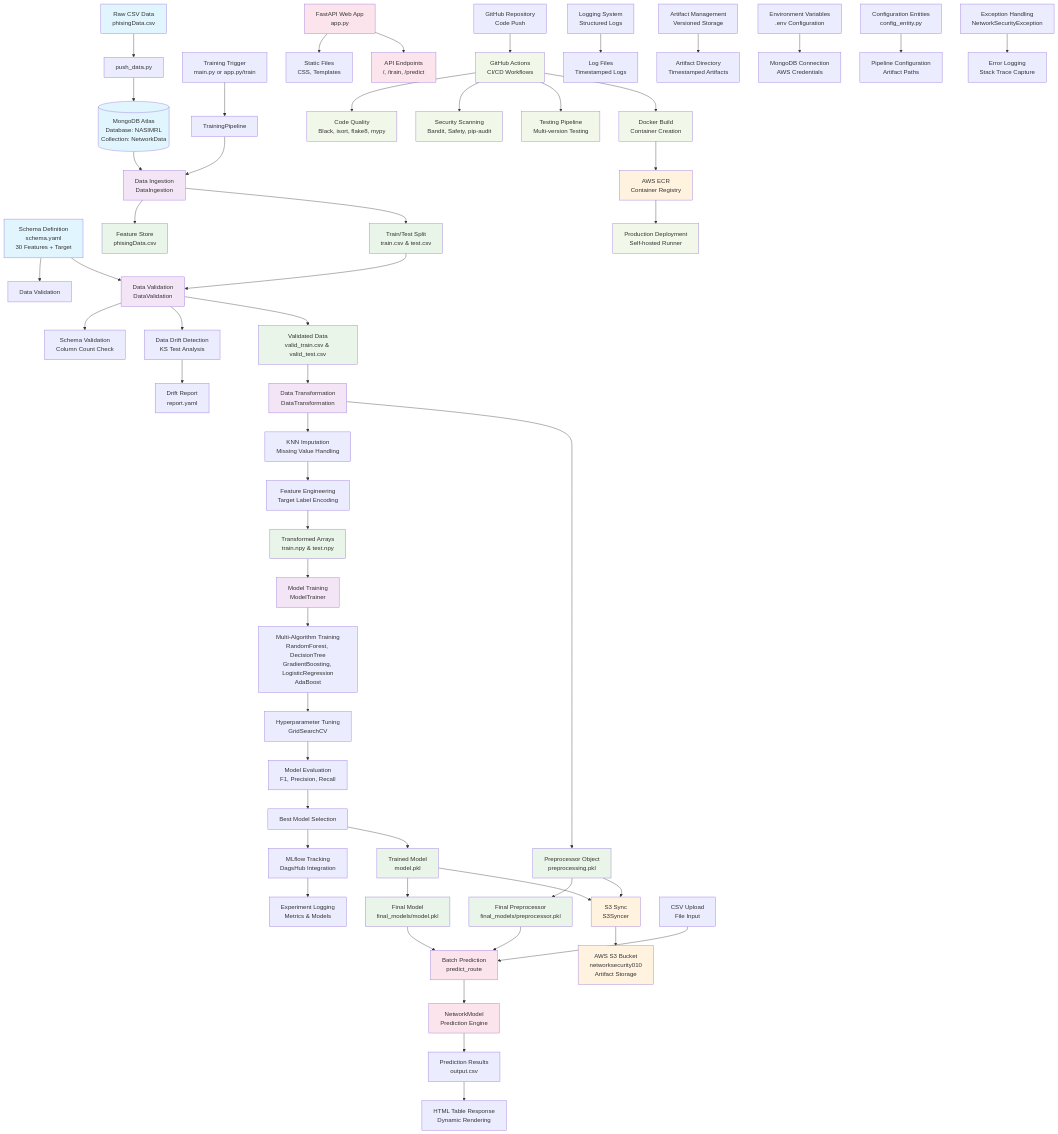
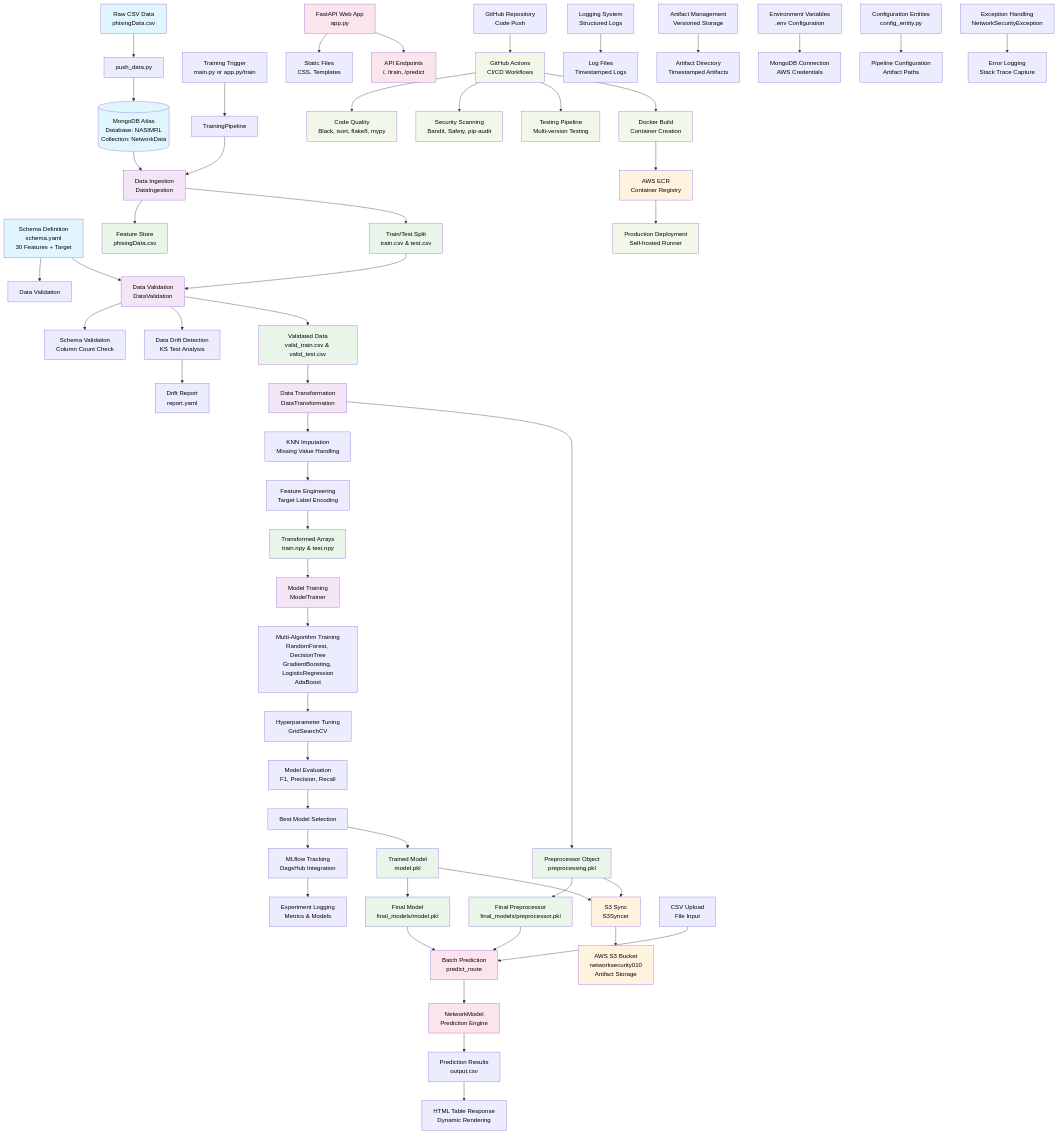
Before and after one commit to nasim-raj-laskar/Net-Sec: the diagram in README.md, drawn with Mermaid.

Commit message:
Data Flow

```diff
--- a/README.md
+++ b/README.md
@@ -118,13 +118,14 @@
     %% Exception Handling
     EEE[Exception Handling<br/>NetworkSecurityException] --> FFF[Error Logging<br/>Stack Trace Capture]
     
-    %% Styling
-    classDef dataSource fill:#e1f5fe
-    classDef component fill:#f3e5f5
-    classDef artifact fill:#e8f5e8
-    classDef cloud fill:#fff3e0
-    classDef webapp fill:#fce4ec
-    classDef cicd fill:#f1f8e9
+    %% Styling with black text
+    classDef dataSource fill:#e1f5fe,color:#000000
+    classDef component fill:#f3e5f5,color:#000000
+    classDef artifact fill:#e8f5e8,color:#000000
+    classDef cloud fill:#fff3e0,color:#000000
+    classDef webapp fill:#fce4ec,color:#000000
+    classDef cicd fill:#f1f8e9,color:#000000
+    classDef default color:#000000
     
     class A,C,D dataSource
     class H,K,P,U component
```
